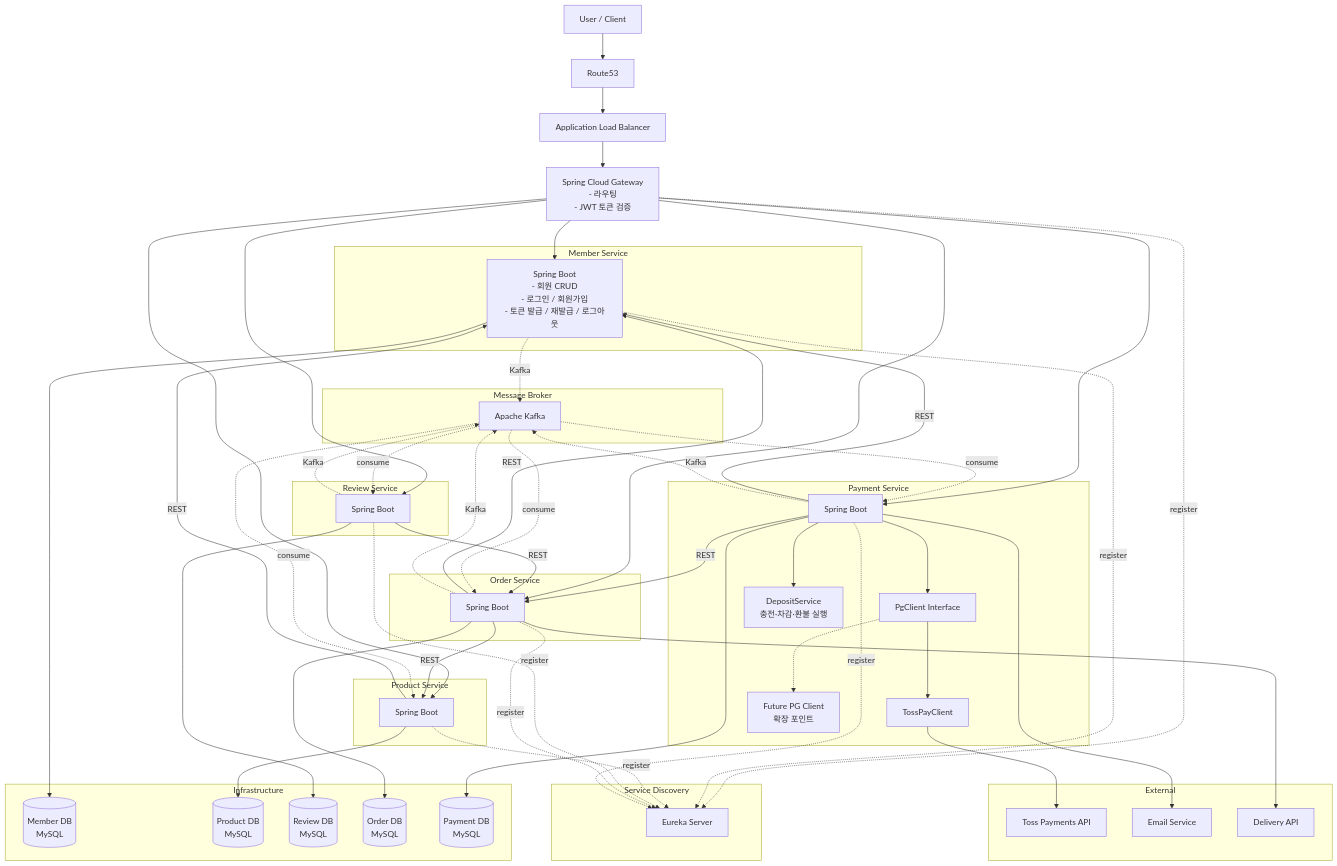
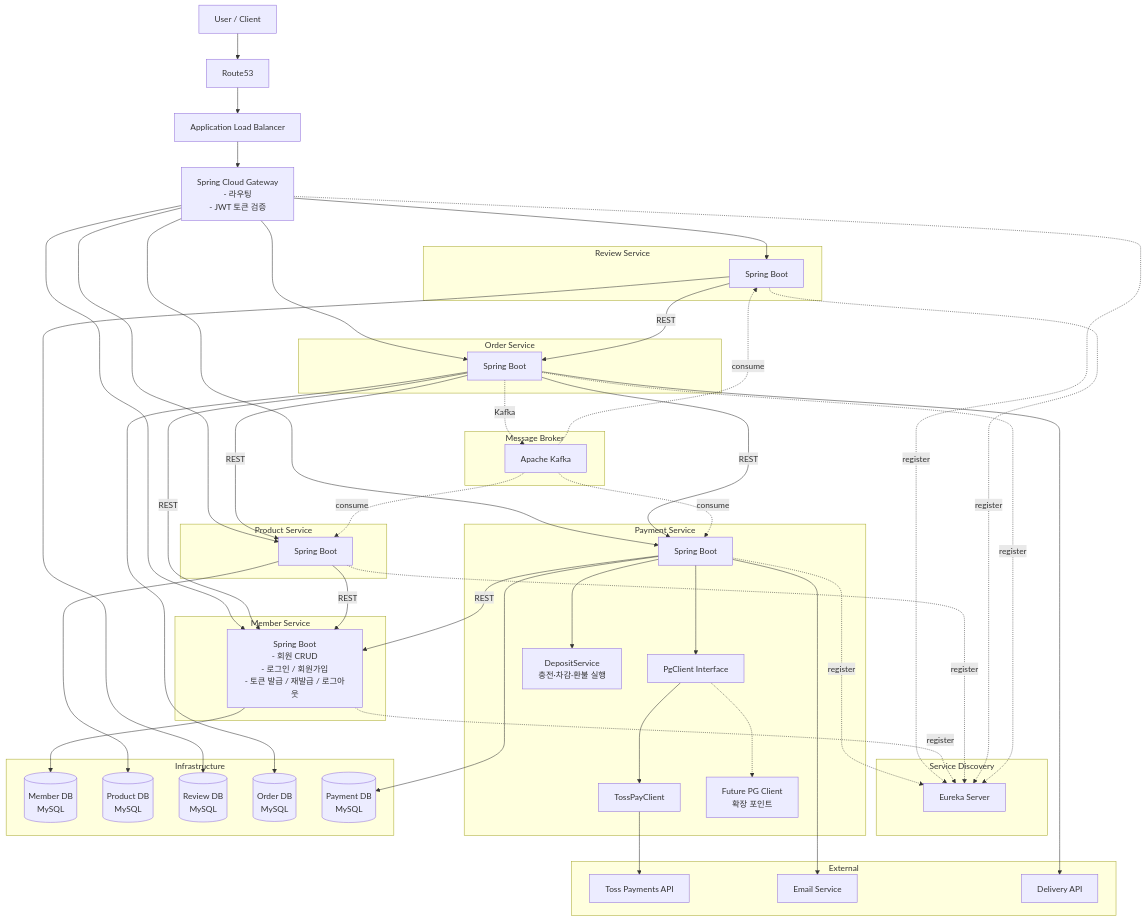
One commit to prgrms-be-adv-devcourse/beadv5_5_404_Not_Found_BE changed the diagram in docs/Architecture.md. Above: the diagram before and after it, drawn with Mermaid. The commit also changed other lines of this file and 15 other files, not shown here.

```diff
--- a/docs/Architecture.md
+++ b/docs/Architecture.md
@@ -87,17 +87,13 @@
     %% 동기 통신 (REST API)
     order -- "REST" --> product
     order -- "REST" --> member
-    payment -- "REST" --> order
+    order -- "REST" --> payment
     payment -- "REST" --> member
     product -- "REST" --> member
     review -- "REST" --> order
 
     %% 비동기 통신 (Kafka)
     order -. "Kafka" .-> kafka
-    payment -. "Kafka" .-> kafka
-    review -. "Kafka" .-> kafka
-    member -. "Kafka" .-> kafka
-    kafka -. "consume" .-> order
     kafka -. "consume" .-> product
     kafka -. "consume" .-> payment
     kafka -. "consume" .-> review
```
